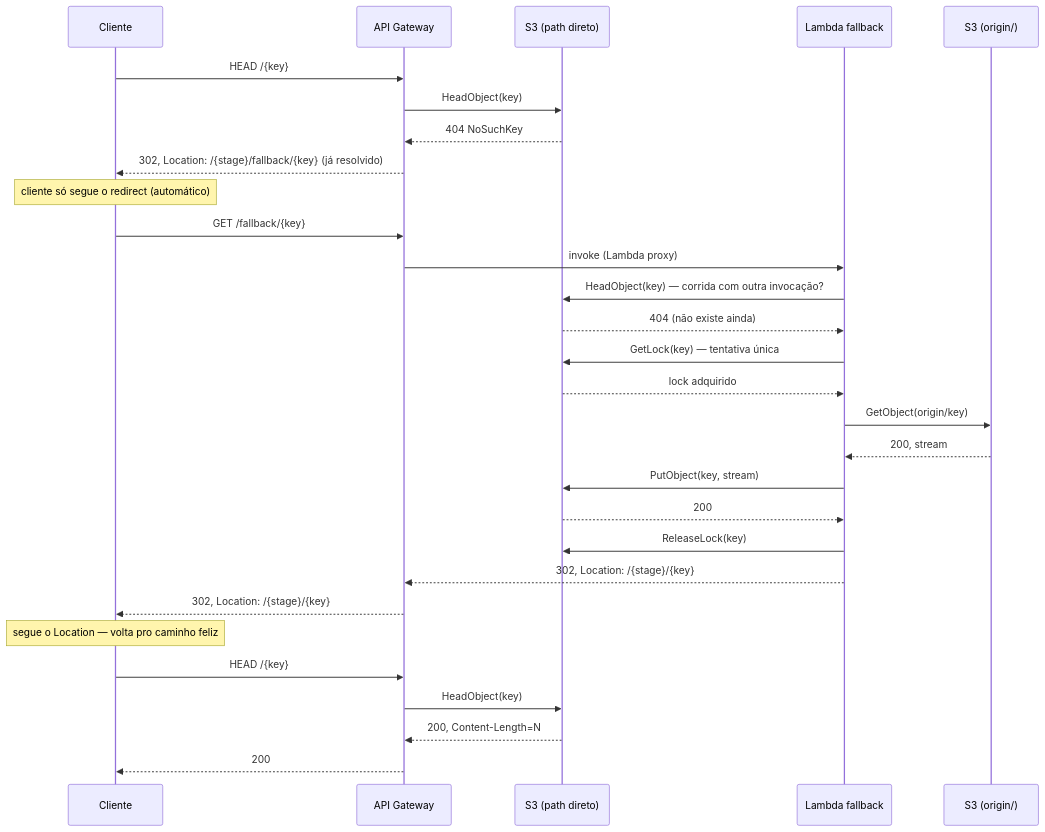
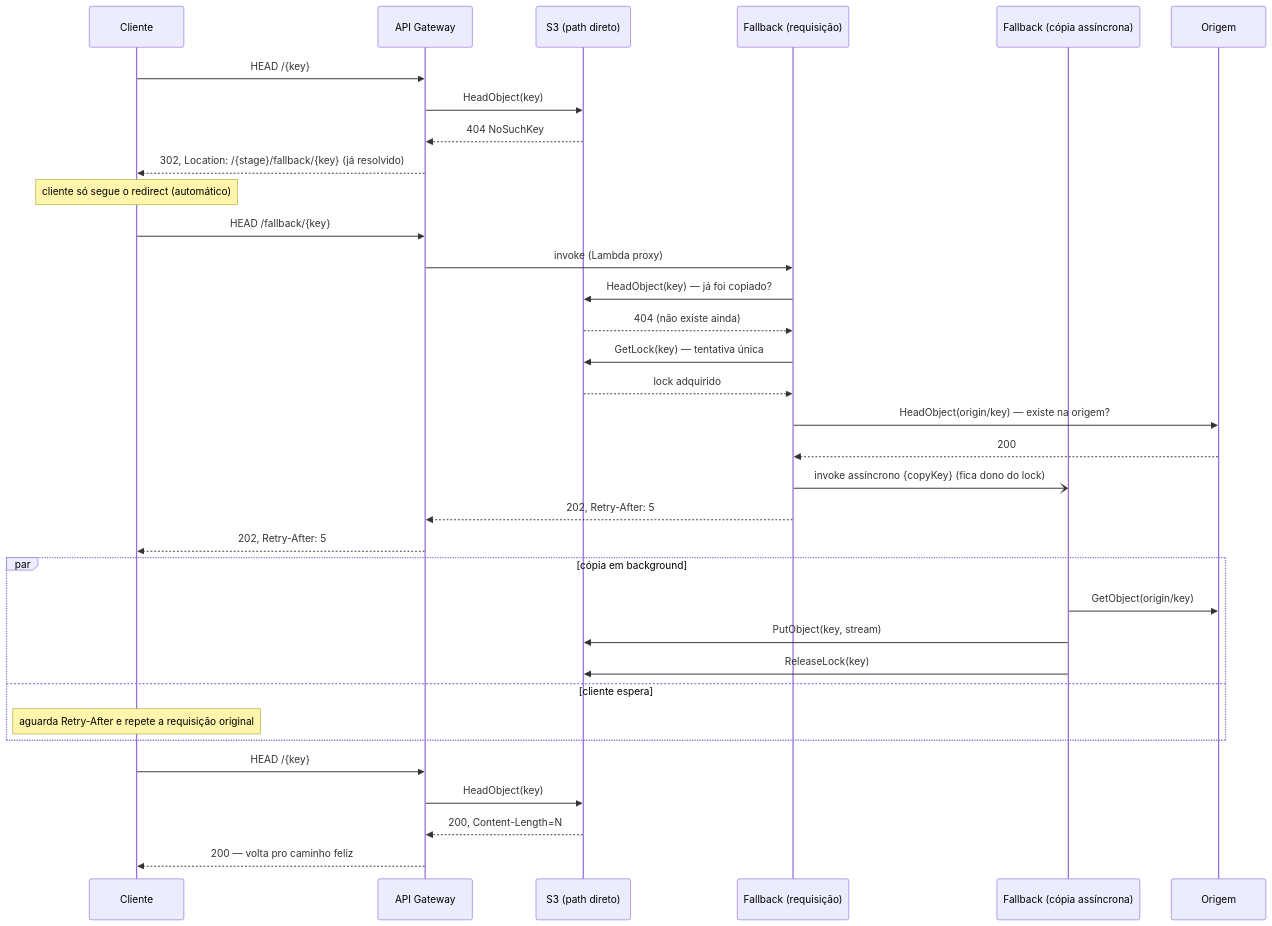
The second of 4 diagrams in docs/client-behavior.md (brunojet/apigw-transfer), drawn with Mermaid before and after one commit. The commit also changed other lines of this file and 3 other files, not shown here.

````diff
--- a/docs/client-behavior.md
+++ b/docs/client-behavior.md
@@ -74,36 +77,41 @@
 ```mermaid
 sequenceDiagram
     participant C as Cliente
     participant AGW as API Gateway
     participant S3d as S3 (path direto)
-    participant L as Lambda fallback
-    participant S3o as S3 (origin/)
+    participant L as Fallback (requisição)
+    participant W as Fallback (cópia assíncrona)
+    participant S3o as Origem
 
     C->>AGW: HEAD /{key}
     AGW->>S3d: HeadObject(key)
     S3d-->>AGW: 404 NoSuchKey
     AGW-->>C: 302, Location: /{stage}/fallback/{key} (já resolvido)
 
     Note over C: cliente só segue o redirect (automático)
 
-    C->>AGW: GET /fallback/{key}
+    C->>AGW: HEAD /fallback/{key}
     AGW->>L: invoke (Lambda proxy)
-    L->>S3d: HeadObject(key) — corrida com outra invocação?
+    L->>S3d: HeadObject(key) — já foi copiado?
     S3d-->>L: 404 (não existe ainda)
     L->>S3d: GetLock(key) — tentativa única
     S3d-->>L: lock adquirido
-    L->>S3o: GetObject(origin/key)
-    S3o-->>L: 200, stream
-    L->>S3d: PutObject(key, stream)
-    S3d-->>L: 200
-    L->>S3d: ReleaseLock(key)
-    L-->>AGW: 302, Location: /{stage}/{key}
-    AGW-->>C: 302, Location: /{stage}/{key}
+    L->>S3o: HeadObject(origin/key) — existe na origem?
+    S3o-->>L: 200
+    L-)W: invoke assíncrono {copyKey} (fica dono do lock)
+    L-->>AGW: 202, Retry-After: 5
+    AGW-->>C: 202, Retry-After: 5
 
-    Note over C: segue o Location — volta pro caminho feliz
+    par cópia em background
+        W->>S3o: GetObject(origin/key)
+        W->>S3d: PutObject(key, stream)
+        W->>S3d: ReleaseLock(key)
+    and cliente espera
+        Note over C: aguarda Retry-After e repete a requisição original
+    end
 
     C->>AGW: HEAD /{key}
     AGW->>S3d: HeadObject(key)
     S3d-->>AGW: 200, Content-Length=N
-    AGW-->>C: 200
+    AGW-->>C: 200 — volta pro caminho feliz
 ```
````
